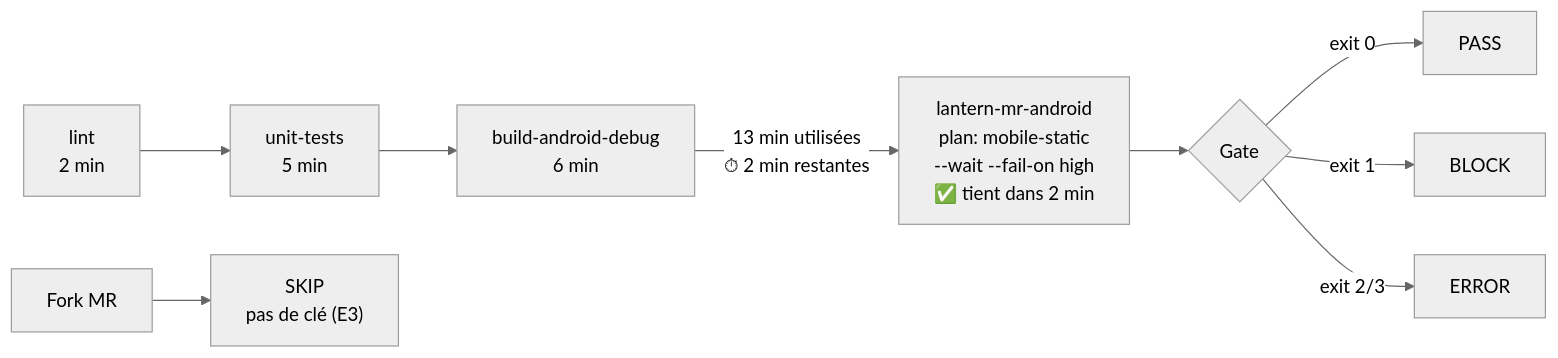
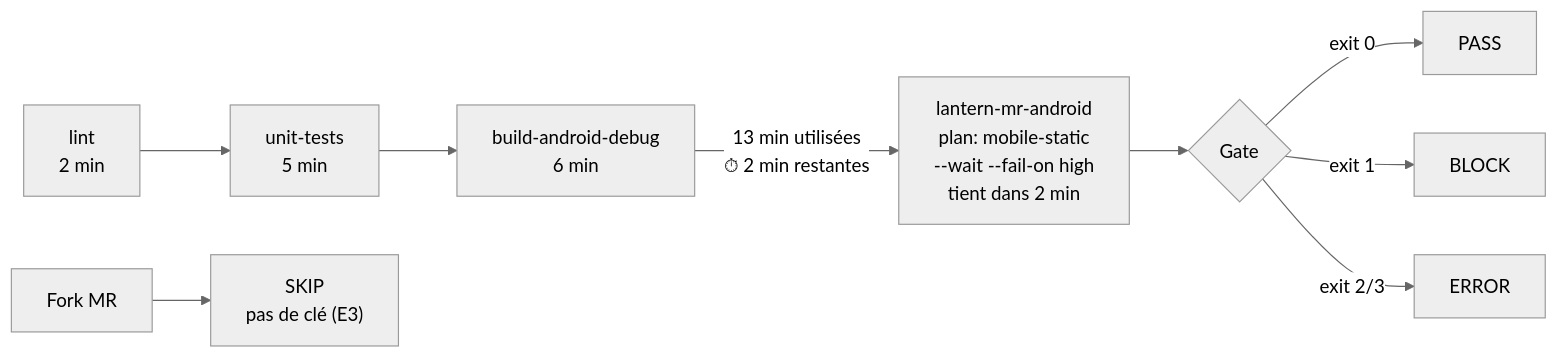
One commit to Ayoub-glitsh/lantern-kestrel-presales-assessment changed the fourth of 7 diagrams in integration_design.md. Above: the diagram before and after it, drawn with Mermaid (neutral theme). The commit also changed other lines of this file, not shown here.

````diff
--- a/integration_design.md
+++ b/integration_design.md
@@ -204,12 +204,12 @@
 ```mermaid
 
 flowchart LR
     L["lint<br/>2 min"] --> U["unit-tests<br/>5 min"] --> B["build-android-debug<br/>6 min"]
-    B -- "13 min utilisées<br/>⏱ 2 min restantes" --> S["lantern-mr-android<br/>plan: mobile-static<br/>--wait --fail-on high<br/>✅ tient dans 2 min"]
+    B -- "13 min utilisées<br/>⏱ 2 min restantes" --> S["lantern-mr-android<br/>plan: mobile-static<br/>--wait --fail-on high<br/> tient dans 2 min"]
     S --> G{"Gate"}
     G -- "exit 0" --> P["PASS"]
     G -- "exit 1" --> K["BLOCK"]
     G -- "exit 2/3" --> E["ERROR"]
     F["Fork MR"] --> SK["SKIP<br/>pas de clé (E3)"]
 
 ```
````
